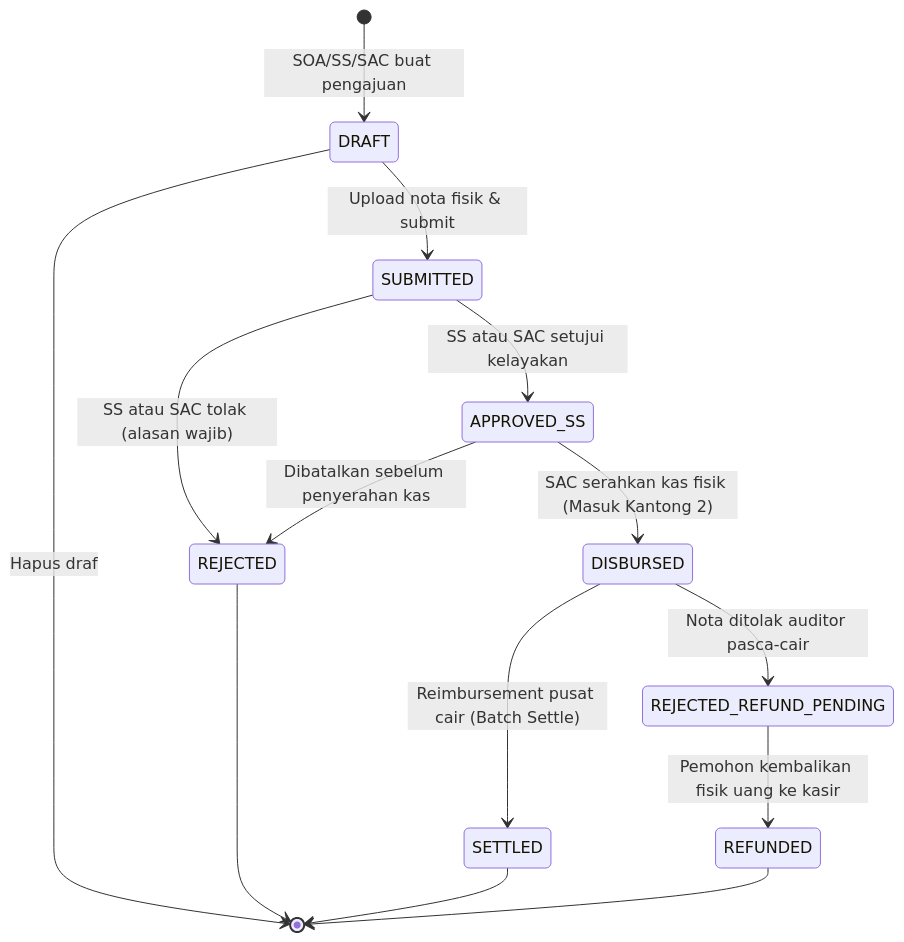
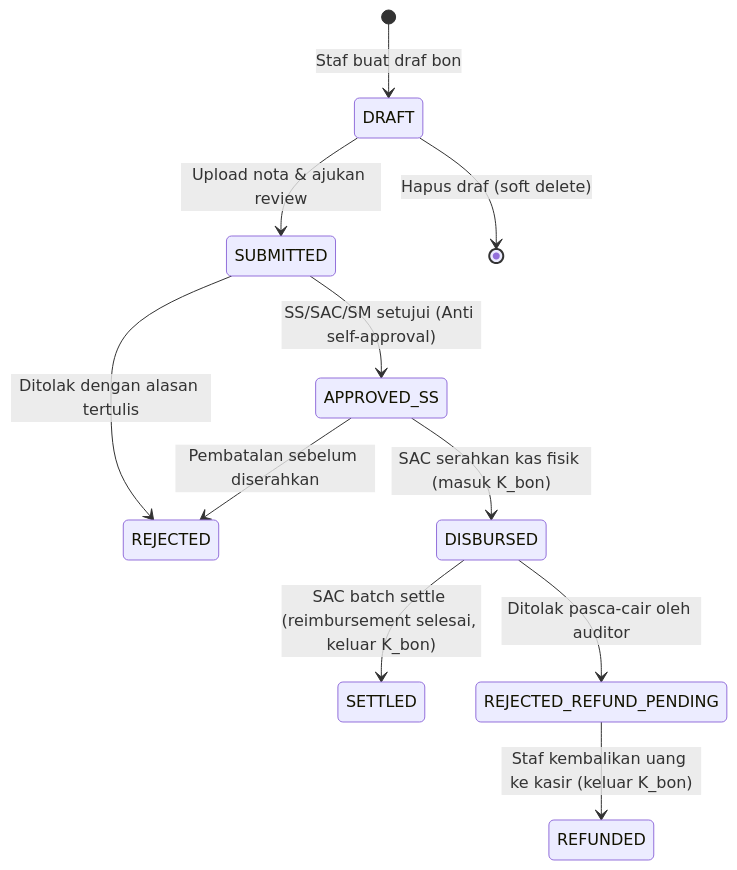
One commit to bintangarama/GCOINS changed the first of 2 diagrams in MASTER_SYSTEM_SPECIFICATION.md. Above: the diagram before and after it, drawn with Mermaid. The commit also changed other lines of this file and 127 other files, not shown here.

````diff
--- a/MASTER_SYSTEM_SPECIFICATION.md
+++ b/MASTER_SYSTEM_SPECIFICATION.md
@@ -269,20 +229,17 @@
 ```mermaid
 stateDiagram-v2
-    [*] --> DRAFT: SOA/SS/SAC buat pengajuan
-    DRAFT --> SUBMITTED: Upload nota fisik & submit
-    DRAFT --> [*]: Hapus draf
+    [*] --> DRAFT: Staf buat draf bon
+    DRAFT --> SUBMITTED: Upload nota & ajukan review
+    DRAFT --> [*]: Hapus draf (soft delete)
 
-    SUBMITTED --> APPROVED_SS: SS atau SAC setujui kelayakan
-    SUBMITTED --> REJECTED: SS atau SAC tolak (alasan wajib)
+    SUBMITTED --> APPROVED_SS: SS/SAC/SM setujui (Anti self-approval)
+    SUBMITTED --> REJECTED: Ditolak dengan alasan tertulis
 
-    APPROVED_SS --> DISBURSED: SAC serahkan kas fisik (Masuk Kantong 2)
-    APPROVED_SS --> REJECTED: Dibatalkan sebelum penyerahan kas
+    APPROVED_SS --> DISBURSED: SAC serahkan kas fisik (masuk K_bon)
+    APPROVED_SS --> REJECTED: Pembatalan sebelum diserahkan
 
-    DISBURSED --> SETTLED: Reimbursement pusat cair (Batch Settle)
-    DISBURSED --> REJECTED_REFUND_PENDING: Nota ditolak auditor pasca-cair
-    REJECTED_REFUND_PENDING --> REFUNDED: Pemohon kembalikan fisik uang ke kasir
+    DISBURSED --> SETTLED: SAC batch settle (reimbursement selesai, keluar K_bon)
+    DISBURSED --> REJECTED_REFUND_PENDING: Ditolak pasca-cair oleh auditor
 
-    REJECTED --> [*]
-    SETTLED --> [*]
-    REFUNDED --> [*]
+    REJECTED_REFUND_PENDING --> REFUNDED: Staf kembalikan uang ke kasir (keluar K_bon)
 ```
````
